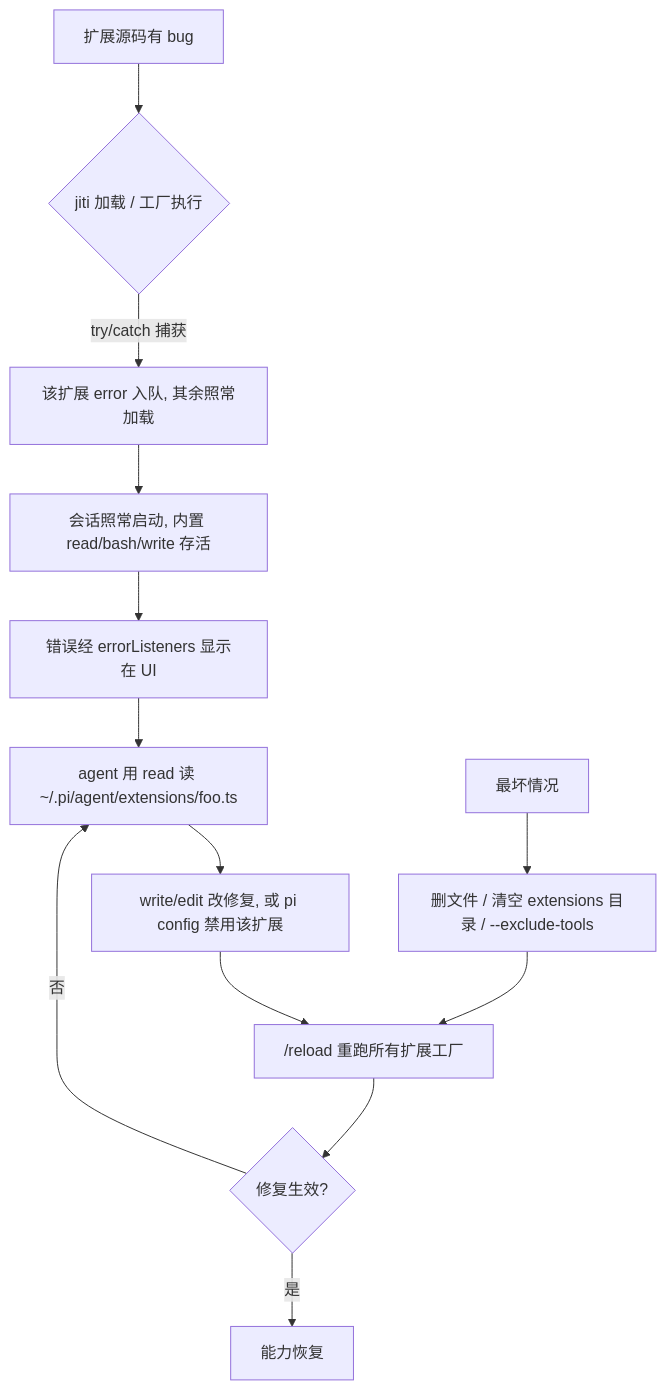
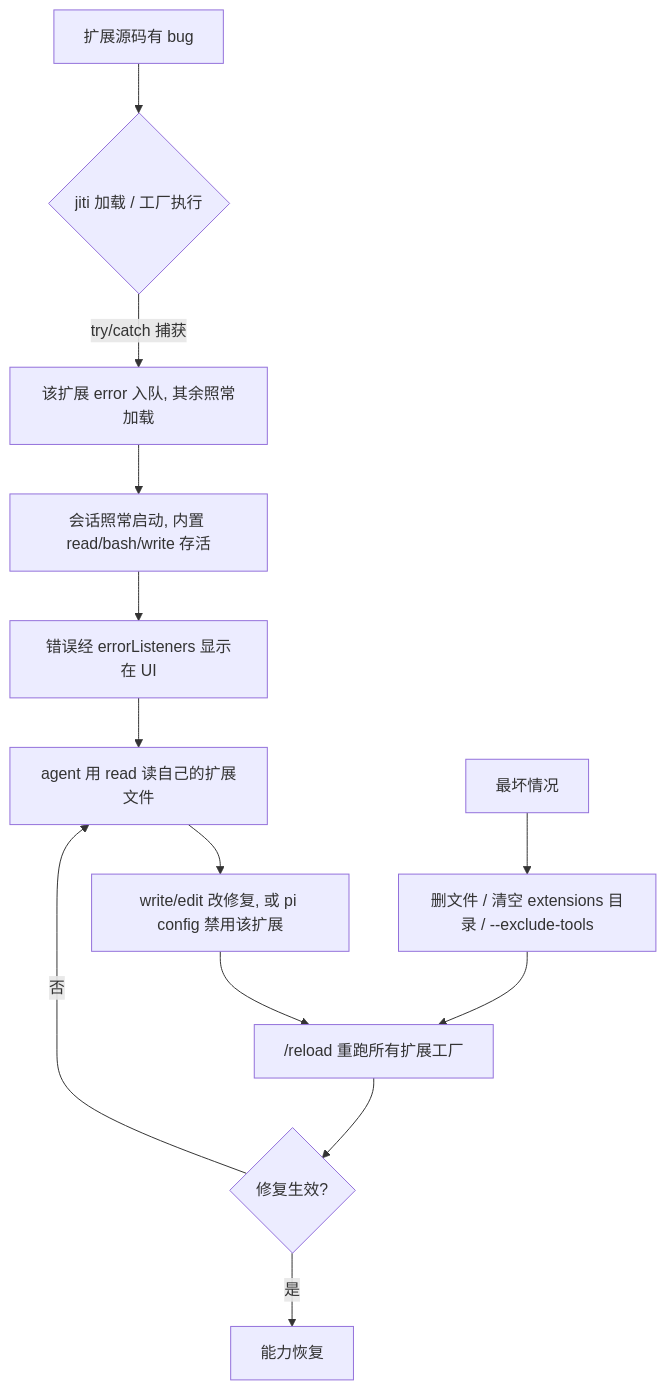
The third of 5 diagrams in knowledge/03-research/Agent/harness-engineering/pi-harness.md (chm535091029/wiki), drawn with Mermaid before and after one commit. The commit also changed other lines of this file and 4 other files, not shown here.

````diff
--- a/knowledge/03-research/Agent/harness-engineering/pi-harness.md
+++ b/knowledge/03-research/Agent/harness-engineering/pi-harness.md
@@ -320,15 +316,15 @@
 ```mermaid
 flowchart TD
     A[扩展源码有 bug] --> B{jiti 加载 / 工厂执行}
     B -->|try/catch 捕获| C[该扩展 error 入队, 其余照常加载]
     C --> D[会话照常启动, 内置 read/bash/write 存活]
     D --> E[错误经 errorListeners 显示在 UI]
-    E --> F[agent 用 read 读 ~/.pi/agent/extensions/foo.ts]
+    E --> F[agent 用 read 读自己的扩展文件]
     F --> G[write/edit 改修复, 或 pi config 禁用该扩展]
     G --> H["/reload 重跑所有扩展工厂"]
     H --> I{修复生效?}
     I -->|是| J[能力恢复]
     I -->|否| F
     K[最坏情况] --> L["删文件 / 清空 extensions 目录 / --exclude-tools"]
     L --> H
 ```
````
